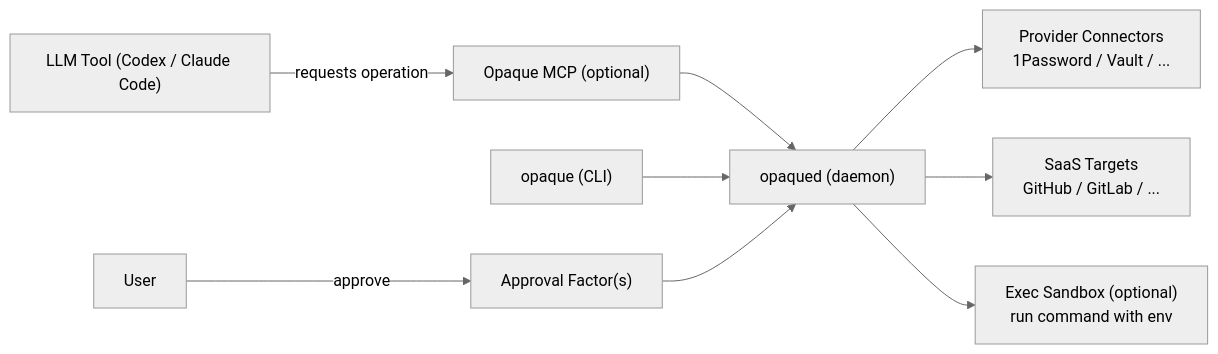
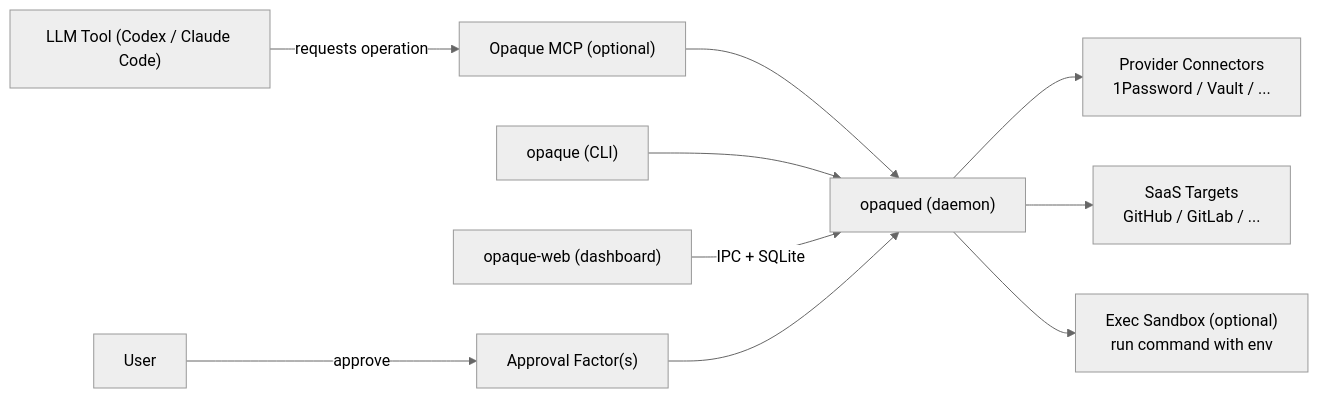
The first of 2 diagrams in docs/architecture.md (kcirtapfromspace/opaque), drawn with Mermaid (neutral theme) before and after one commit. The commit also changed 19 other files, not shown here.

First line of the commit message:
feat(web): add opaque-web live dashboard with demo mode

````diff
--- a/docs/architecture.md
+++ b/docs/architecture.md
@@ -99,12 +99,13 @@
 ```mermaid
 flowchart LR
   Agent["LLM Tool (Codex / Claude Code)"] -->|requests operation| MCP["Opaque MCP (optional)"]
   User["User"] -->|approve| Factor["Approval Factor(s)"]
   MCP --> D["opaqued (daemon)"]
   CLI["opaque (CLI)"] --> D
+  Web["opaque-web (dashboard)"] -->|IPC + SQLite| D
   Factor --> D
 
   D --> P["Provider Connectors<br/>1Password / Vault / ..."]
   D --> S["SaaS Targets<br/>GitHub / GitLab / ..."]
   D --> X["Exec Sandbox (optional)<br/>run command with env"]
 ```
````
